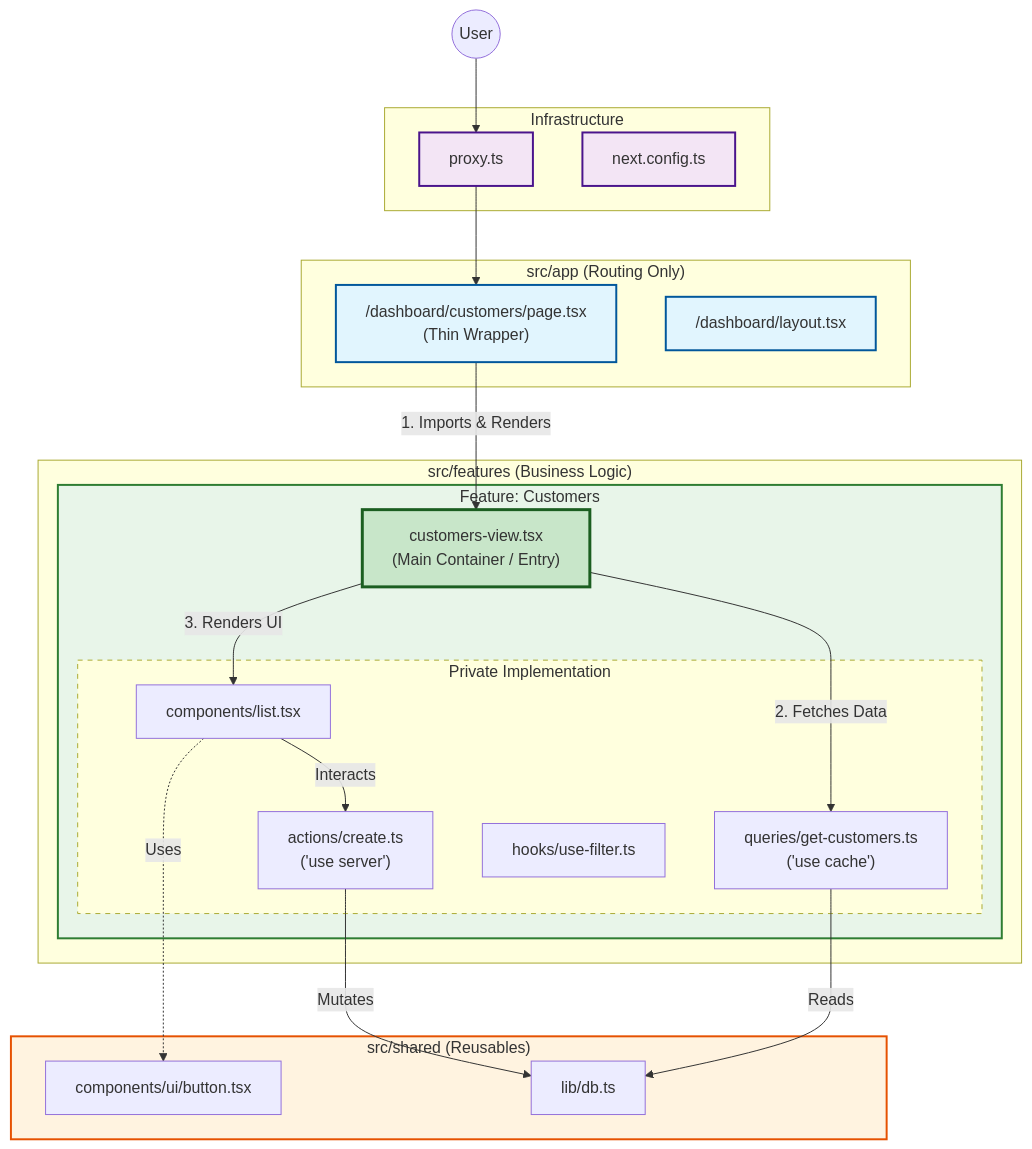
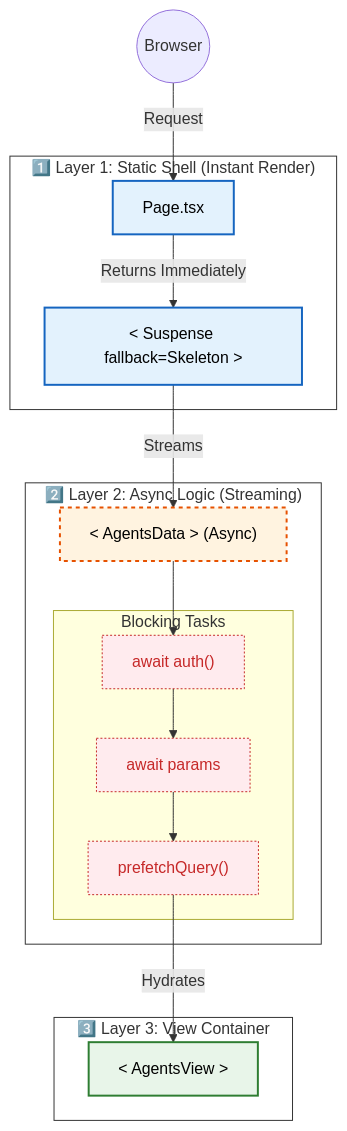
The diagram in README.md (Lostovayne/scaffolding-next16-and-private-features), drawn with Mermaid before and after one commit. The commit also changed other lines of this file and 1 other file, not shown here.

Commit message:
feat: Implement 3-layer page architecture with async logic extraction and modules pattern for Next.js 16 PPR optimization, and mandate `next-devtools` MCP usage.

````diff
--- a/README.md
+++ b/README.md
@@ -9,65 +9,49 @@
 ```mermaid
 graph TD
-    %% Styling
-    classDef routeNode fill:#e1f5fe,stroke:#01579b,stroke-width:2px;
-    classDef featureNode fill:#e8f5e9,stroke:#2e7d32,stroke-width:2px;
-    classDef containerNode fill:#c8e6c9,stroke:#1b5e20,stroke-width:3px;
-    classDef sharedNode fill:#fff3e0,stroke:#e65100,stroke-width:2px;
-    classDef infraNode fill:#f3e5f5,stroke:#4a148c,stroke-width:2px;
+    %% Define Styles
+    classDef shell fill:#e3f2fd,stroke:#1565c0,stroke-width:2px,color:black;
+    classDef logic fill:#fff3e0,stroke:#e65100,stroke-width:2px,color:black,stroke-dasharray: 4 4;
+    classDef view fill:#e8f5e9,stroke:#2e7d32,stroke-width:2px,color:black;
+    classDef blocked fill:#ffebee,stroke:#c62828,stroke-width:1px,color:#c62828,stroke-dasharray: 2 2;
 
-    subgraph Infrastructure
-        Proxy["proxy.ts"]
-        NextConfig["next.config.ts"]
-    end
-    class Proxy,NextConfig infraNode
+    %% ENTRY
+    Browser((Browser)) --> |Request| Page
 
-    subgraph Routing_Layer ["src/app (Routing Only)"]
-        RoutePage["/dashboard/customers/page.tsx<br/>(Thin Wrapper)"]
-        RouteLayout["/dashboard/layout.tsx"]
-    end
-    class RoutePage,RouteLayout routeNode
+    %% LAYER 1: STATIC SHELL
+    subgraph L1 ["1️⃣ Layer 1: Static Shell (Instant Render)"]
+        Page["Page.tsx"]:::shell
+        Suspense["< Suspense fallback=Skeleton >"]:::shell
 
-    subgraph Feature_Layer ["src/features (Business Logic)"]
-
-        subgraph Customer_Feature ["Feature: Customers"]
-            CustomerView["customers-view.tsx<br/>(Main Container / Entry)"]
-
-            subgraph Internals ["Private Implementation"]
-                CustQueries["queries/get-customers.ts<br/>('use cache')"]
-                CustActions["actions/create.ts<br/>('use server')"]
-                CustComponents["components/list.tsx"]
-                CustHooks["hooks/use-filter.ts"]
-            end
-        end
-        class Customer_Feature featureNode
-        class CustomerView containerNode
-
+        Page --> |Returns Immediately| Suspense
     end
 
-    subgraph Shared_Layer ["src/shared (Reusables)"]
-        SharedUI["components/ui/button.tsx"]
-        SharedDB["lib/db.ts"]
+    %% LAYER 2: LOGIC COMPONENT
+    subgraph L2 ["2️⃣ Layer 2: Async Logic (Streaming)"]
+        Logic["< AgentsData > (Async)"]:::logic
+
+        %% The "Heavy" Lifting
+        subgraph TASKS ["Blocking Tasks"]
+           Auth["await auth()"]:::blocked
+           Params["await params"]:::blocked
+           Fetch["prefetchQuery()"]:::blocked
+        end
+
+        Logic --> Auth
+        Auth --> Params
+        Params --> Fetch
     end
-    class Shared_Layer sharedNode
 
-    %% Relationships
-    User((User)) --> Proxy
-    Proxy --> RoutePage
+    %% LAYER 3: VIEW
+    subgraph L3 ["3️⃣ Layer 3: View Container"]
+        View["< AgentsView >"]:::view
+    end
 
-    %% The Critical "Container Pattern" Handoff
-    RoutePage -- "1. Imports & Renders" --> CustomerView
+    %% Flow
+    Suspense --> |Streams| Logic
+    Fetch --> |Hydrates| View
 
-    %% Feature Internals
-    CustomerView -- "2. Fetches Data" --> CustQueries
-    CustomerView -- "3. Renders UI" --> CustComponents
-    CustComponents -- "Interacts" --> CustActions
-    CustActions -- "Mutates" --> SharedDB
-    CustQueries -- "Reads" --> SharedDB
-
-    %% Shared Usage
-    CustComponents -. "Uses" .-> SharedUI
-
-    %% Encapsulation Rule
-    style CustomerView stroke-dasharray: 0
-    style Internals stroke-dasharray: 5 5
+    %% Annotations
+    style L1 fill:white,stroke:#333
+    style L2 fill:white,stroke:#333
+    style L3 fill:white,stroke:#333
 ```
````
